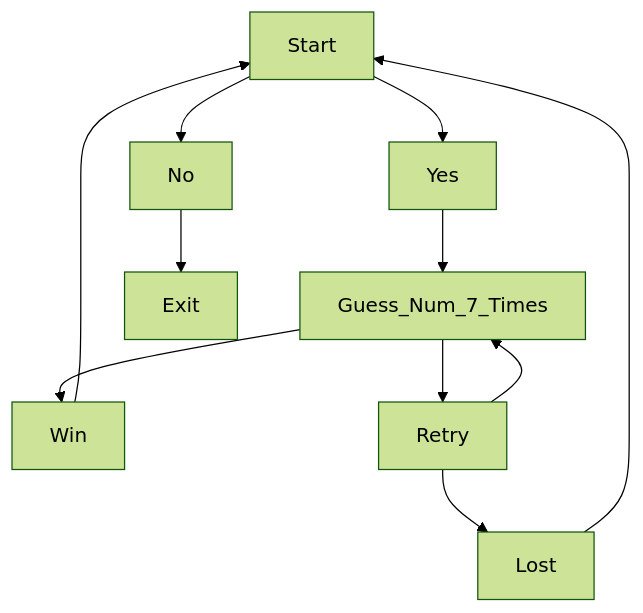
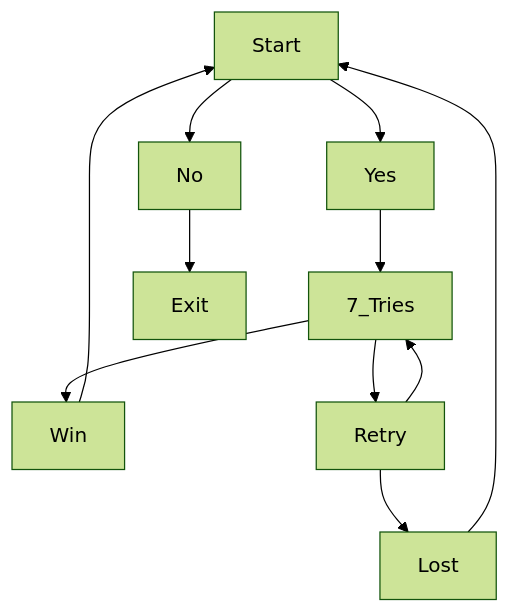
Before and after one commit to vjunna/number-guessing-game: the diagram in README.md, drawn with Mermaid (forest theme).

````diff
--- a/README.md
+++ b/README.md
@@ -6,17 +6,17 @@
 ```mermaid
 graph TD;
 
     Start -->Yes;
     Start -->No;
 
-    Yes -->Guess_Num_7_Times;
+    Yes -->7_Tries;
     No -->Exit;
 
-    Guess_Num_7_Times -->Win;
-    Guess_Num_7_Times -->Retry;
+    7_Tries -->Win;
+    7_Tries -->Retry;
 
     Win -->Start;
-    Retry -->Guess_Num_7_Times
-    Retry -->Lost
-    Lost -->Start
+    Retry -->7_Tries;
+    Retry -->Lost;
+    Lost -->Start;
 ```
````
